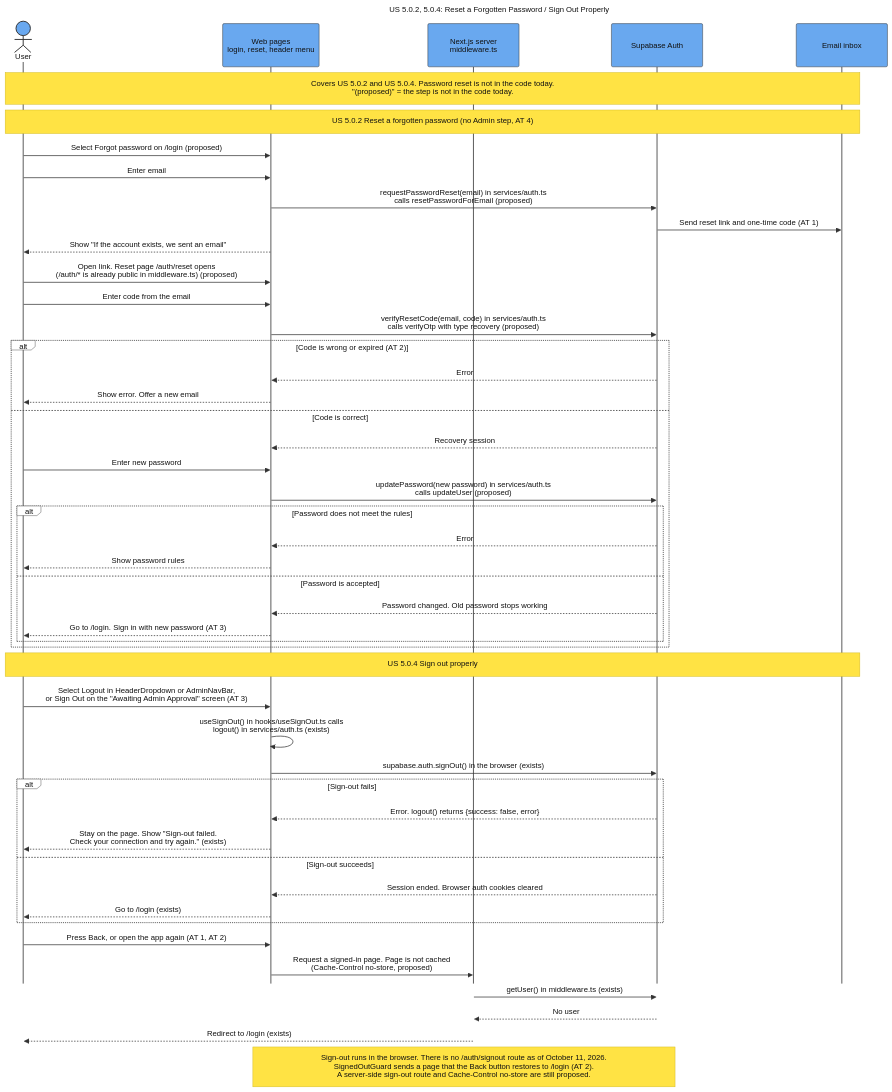
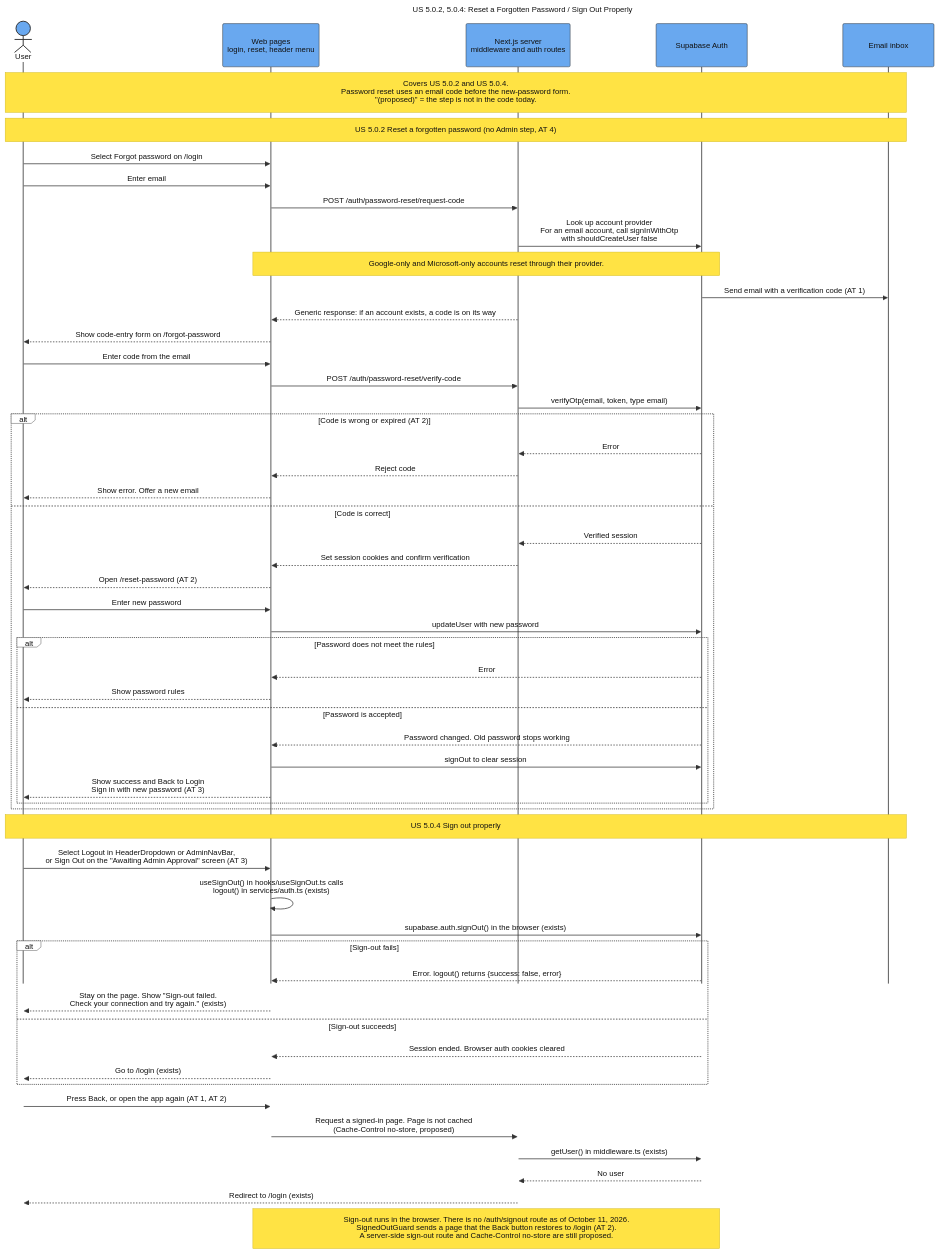
Before and after one commit to SAPAA-Dev/W26Project-SAPAA-Dev-Team: the diagram in docs/assets/Sequence_US_5_0_2_5_0_4_Password_Reset_and_Sign_Out.mmd, drawn with Mermaid. The commit also changed 214 other files, not shown here.

```diff
--- a/docs/assets/Sequence_US_5_0_2_5_0_4_Password_Reset_and_Sign_Out.mmd
+++ b/docs/assets/Sequence_US_5_0_2_5_0_4_Password_Reset_and_Sign_Out.mmd
@@ -1,94 +1,101 @@
 ---
 title: "US 5.0.2, 5.0.4: Reset a Forgotten Password / Sign Out Properly"
 config:
   theme: base
   sequence:
     actorMargin: 75
     boxMargin: 12
     diagramMarginX: 45
     diagramMarginY: 30
     messageMargin: 40
     noteMargin: 16
     mirrorActors: false
     width: 190
     height: 90
   themeVariables:
     background: "#ffffff"
     primaryColor: "#69a8ef"
     primaryBorderColor: "#333333"
     primaryTextColor: "#111111"
     actorBkg: "#69a8ef"
     actorBorder: "#333333"
     actorTextColor: "#111111"
     actorLineColor: "#555555"
     signalColor: "#333333"
     signalTextColor: "#111111"
     activationBkgColor: "#cdd3db"
     activationBorderColor: "#cdd3db"
     noteBkgColor: "#ffe344"
     noteBorderColor: "#d4ba24"
     noteTextColor: "#111111"
     labelBoxBkgColor: "#ffffff"
     labelBoxBorderColor: "#555555"
     labelTextColor: "#111111"
     loopTextColor: "#111111"
     altBackground: "#ffffff"
   themeCSS: |
     .actor-line {
       stroke-dasharray: 10 10 !important;
       stroke-width: 1.25px !important;
     }
 ---
 sequenceDiagram
     autonumber off
     actor User
     participant Pages as Web pages<br/>login, reset, header menu
-    participant Next as Next.js server<br/>middleware.ts
+    participant Next as Next.js server<br/>middleware and auth routes
     participant Auth as Supabase Auth
     participant Mail as Email inbox
 
-    Note over User,Mail: Covers US 5.0.2 and US 5.0.4. Password reset is not in the code today.<br/>"(proposed)" = the step is not in the code today.
+    Note over User,Mail: Covers US 5.0.2 and US 5.0.4.<br/>Password reset uses an email code before the new-password form.<br/>"(proposed)" = the step is not in the code today.
 
     Note over User,Mail: US 5.0.2 Reset a forgotten password (no Admin step, AT 4)
-    User->>Pages: Select Forgot password on /login (proposed)
+    User->>Pages: Select Forgot password on /login
     User->>Pages: Enter email
-    Pages->>Auth: requestPasswordReset(email) in services/auth.ts<br/>calls resetPasswordForEmail (proposed)
-    Auth->>Mail: Send reset link and one-time code (AT 1)
-    Pages-->>User: Show "If the account exists, we sent an email"
-    User->>Pages: Open link. Reset page /auth/reset opens<br/>(/auth/* is already public in middleware.ts) (proposed)
+    Pages->>Next: POST /auth/password-reset/request-code
+    Next->>Auth: Look up account provider<br/>For an email account, call signInWithOtp<br/>with shouldCreateUser false
+    Note over Pages,Auth: Google-only and Microsoft-only accounts reset through their provider.
+    Auth->>Mail: Send email with a verification code (AT 1)
+    Next-->>Pages: Generic response: if an account exists, a code is on its way
+    Pages-->>User: Show code-entry form on /forgot-password
     User->>Pages: Enter code from the email
-    Pages->>Auth: verifyResetCode(email, code) in services/auth.ts<br/>calls verifyOtp with type recovery (proposed)
+    Pages->>Next: POST /auth/password-reset/verify-code
+    Next->>Auth: verifyOtp(email, token, type email)
     alt Code is wrong or expired (AT 2)
-        Auth-->>Pages: Error
+        Auth-->>Next: Error
+        Next-->>Pages: Reject code
         Pages-->>User: Show error. Offer a new email
     else Code is correct
-        Auth-->>Pages: Recovery session
+        Auth-->>Next: Verified session
+        Next-->>Pages: Set session cookies and confirm verification
+        Pages-->>User: Open /reset-password (AT 2)
         User->>Pages: Enter new password
-        Pages->>Auth: updatePassword(new password) in services/auth.ts<br/>calls updateUser (proposed)
+        Pages->>Auth: updateUser with new password
         alt Password does not meet the rules
             Auth-->>Pages: Error
             Pages-->>User: Show password rules
         else Password is accepted
             Auth-->>Pages: Password changed. Old password stops working
-            Pages-->>User: Go to /login. Sign in with new password (AT 3)
+            Pages->>Auth: signOut to clear session
+            Pages-->>User: Show success and Back to Login<br/>Sign in with new password (AT 3)
         end
     end
 
     Note over User,Mail: US 5.0.4 Sign out properly
     User->>Pages: Select Logout in HeaderDropdown or AdminNavBar,<br/>or Sign Out on the "Awaiting Admin Approval" screen (AT 3)
     Pages->>Pages: useSignOut() in hooks/useSignOut.ts calls<br/>logout() in services/auth.ts (exists)
     Pages->>Auth: supabase.auth.signOut() in the browser (exists)
     alt Sign-out fails
         Auth-->>Pages: Error. logout() returns {success: false, error}
         Pages-->>User: Stay on the page. Show "Sign-out failed.<br/>Check your connection and try again." (exists)
     else Sign-out succeeds
         Auth-->>Pages: Session ended. Browser auth cookies cleared
         Pages-->>User: Go to /login (exists)
     end
     User->>Pages: Press Back, or open the app again (AT 1, AT 2)
     Pages->>Next: Request a signed-in page. Page is not cached<br/>(Cache-Control no-store, proposed)
     Next->>Auth: getUser() in middleware.ts (exists)
     Auth-->>Next: No user
     Next-->>User: Redirect to /login (exists)
 
     Note over Pages,Auth: Sign-out runs in the browser. There is no /auth/signout route as of October 11, 2026.<br/>SignedOutGuard sends a page that the Back button restores to /login (AT 2).<br/>A server-side sign-out route and Cache-Control no-store are still proposed.
```
